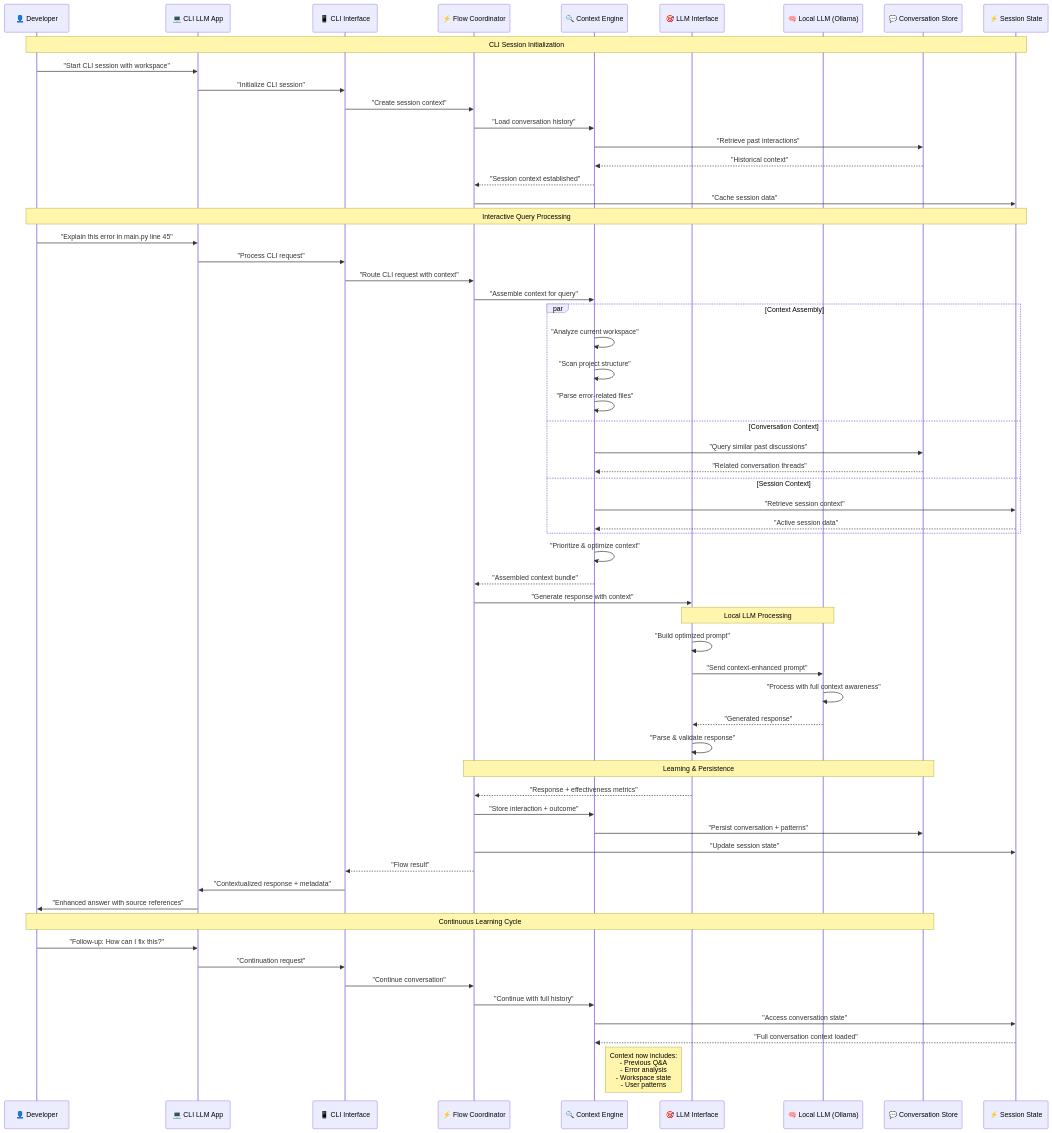
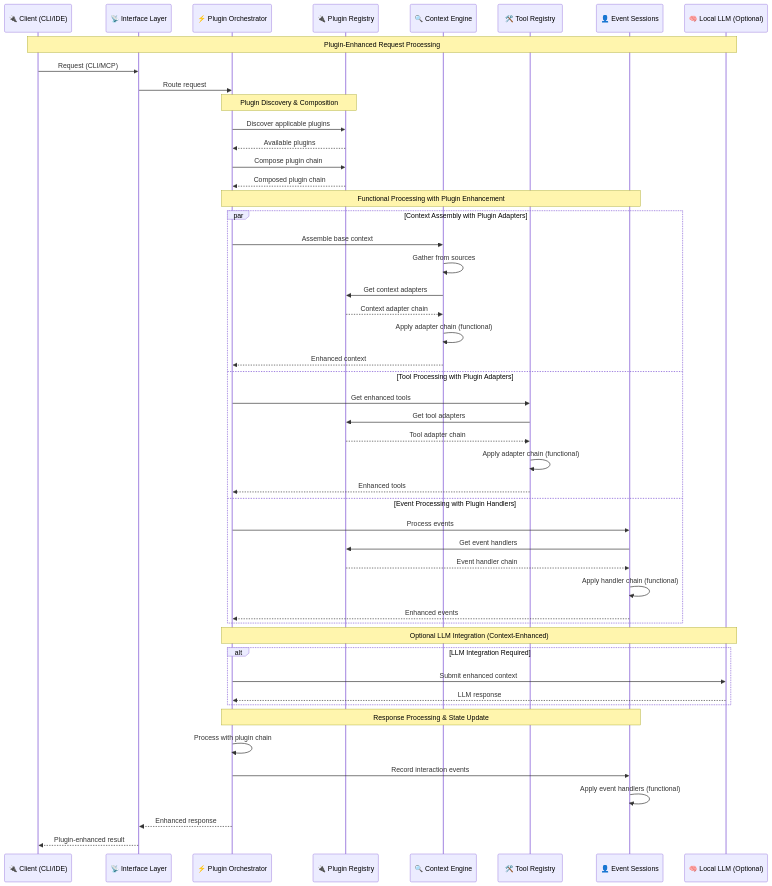
One commit to zhifengzhang-sz/mcp-server changed the first of 9 diagrams in docs/design/flow.phase.1.md. Above: the diagram before and after it, drawn with Mermaid. The commit also changed other lines of this file and 5 other files, not shown here.

````diff
--- a/docs/design/flow.phase.1.md
+++ b/docs/design/flow.phase.1.md
@@ -14,69 +14,58 @@
 ```mermaid
 sequenceDiagram
-    participant User as 👤 Developer
-    participant CLI as 💻 CLI LLM App
-    participant CLIInterface as 📱 CLI Interface
-    participant FlowCoordinator as ⚡ Flow Coordinator
+    participant Client as 🔌 Client (CLI/IDE)
+    participant Interface as 📡 Interface Layer
+    participant PluginOrchestrator as ⚡ Plugin Orchestrator
+    participant PluginRegistry as 🔌 Plugin Registry
     participant ContextEngine as 🔍 Context Engine
-    participant LLMInterface as 🎯 LLM Interface
-    participant LocalLLM as 🧠 Local LLM (Ollama)
-    participant ConversationStore as 💬 Conversation Store
-    participant SessionState as ⚡ Session State
+    participant ToolRegistry as 🛠️ Tool Registry
+    participant EventSessions as 👤 Event Sessions
+    participant LLM as 🧠 Local LLM (Optional)
     
-    Note over User, SessionState: CLI Session Initialization
-    User->>CLI: "Start CLI session with workspace"
-    CLI->>CLIInterface: "Initialize CLI session"
-    CLIInterface->>FlowCoordinator: "Create session context"
-    FlowCoordinator->>ContextEngine: "Load conversation history"
-    ContextEngine->>ConversationStore: "Retrieve past interactions"
-    ConversationStore-->>ContextEngine: "Historical context"
-    ContextEngine-->>FlowCoordinator: "Session context established"
-    FlowCoordinator->>SessionState: "Cache session data"
+    Note over Client, LLM: Plugin-Enhanced Request Processing
     
-    Note over User, SessionState: Interactive Query Processing
-    User->>CLI: "Explain this error in main.py line 45"
-    CLI->>CLIInterface: "Process CLI request"
-    CLIInterface->>FlowCoordinator: "Route CLI request with context"
-    FlowCoordinator->>ContextEngine: "Assemble context for query"
+    Client->>Interface: Request (CLI/MCP)
+    Interface->>PluginOrchestrator: Route request
     
-    par Context Assembly
-        ContextEngine->>ContextEngine: "Analyze current workspace"
-        ContextEngine->>ContextEngine: "Scan project structure"
-        ContextEngine->>ContextEngine: "Parse error-related files"
-    and Conversation Context
-        ContextEngine->>ConversationStore: "Query similar past discussions"
-        ConversationStore-->>ContextEngine: "Related conversation threads"
-    and Session Context
-        ContextEngine->>SessionState: "Retrieve session context"
-        SessionState-->>ContextEngine: "Active session data"
+    Note over PluginOrchestrator, PluginRegistry: Plugin Discovery & Composition
+    PluginOrchestrator->>PluginRegistry: Discover applicable plugins
+    PluginRegistry-->>PluginOrchestrator: Available plugins
+    PluginOrchestrator->>PluginRegistry: Compose plugin chain
+    PluginRegistry-->>PluginOrchestrator: Composed plugin chain
+    
+    Note over PluginOrchestrator, EventSessions: Functional Processing with Plugin Enhancement
+    
+    par Context Assembly with Plugin Adapters
+        PluginOrchestrator->>ContextEngine: Assemble base context
+        ContextEngine->>ContextEngine: Gather from sources
+        ContextEngine->>PluginRegistry: Get context adapters
+        PluginRegistry-->>ContextEngine: Context adapter chain
+        ContextEngine->>ContextEngine: Apply adapter chain (functional)
+        ContextEngine-->>PluginOrchestrator: Enhanced context
+    and Tool Processing with Plugin Adapters
+        PluginOrchestrator->>ToolRegistry: Get enhanced tools
+        ToolRegistry->>PluginRegistry: Get tool adapters
+        PluginRegistry-->>ToolRegistry: Tool adapter chain
+        ToolRegistry->>ToolRegistry: Apply adapter chain (functional)
+        ToolRegistry-->>PluginOrchestrator: Enhanced tools
+    and Event Processing with Plugin Handlers
+        PluginOrchestrator->>EventSessions: Process events
+        EventSessions->>PluginRegistry: Get event handlers
+        PluginRegistry-->>EventSessions: Event handler chain
+        EventSessions->>EventSessions: Apply handler chain (functional)
+        EventSessions-->>PluginOrchestrator: Enhanced events
     end
     
-    ContextEngine->>ContextEngine: "Prioritize & optimize context"
-    ContextEngine-->>FlowCoordinator: "Assembled context bundle"
-    FlowCoordinator->>LLMInterface: "Generate response with context"
+    Note over PluginOrchestrator, LLM: Optional LLM Integration (Context-Enhanced)
+    alt LLM Integration Required
+        PluginOrchestrator->>LLM: Submit enhanced context
+        LLM-->>PluginOrchestrator: LLM response
+    end
     
-    Note over LLMInterface, LocalLLM: Local LLM Processing
-    LLMInterface->>LLMInterface: "Build optimized prompt"
-    LLMInterface->>LocalLLM: "Send context-enhanced prompt"
-    LocalLLM->>LocalLLM: "Process with full context awareness"
-    LocalLLM-->>LLMInterface: "Generated response"
-    LLMInterface->>LLMInterface: "Parse & validate response"
-    
-    Note over FlowCoordinator, ConversationStore: Learning & Persistence
-    LLMInterface-->>FlowCoordinator: "Response + effectiveness metrics"
-    FlowCoordinator->>ContextEngine: "Store interaction + outcome"
-    ContextEngine->>ConversationStore: "Persist conversation + patterns"
-    FlowCoordinator->>SessionState: "Update session state"
-    FlowCoordinator-->>CLIInterface: "Flow result"
-    CLIInterface->>CLI: "Contextualized response + metadata"
-    CLI->>User: "Enhanced answer with source references"
-    
-    Note over User, ConversationStore: Continuous Learning Cycle
-    User->>CLI: "Follow-up: How can I fix this?"
-    CLI->>CLIInterface: "Continuation request"
-    CLIInterface->>FlowCoordinator: "Continue conversation"
-    FlowCoordinator->>ContextEngine: "Continue with full history"
-    ContextEngine->>SessionState: "Access conversation state"
-    SessionState-->>ContextEngine: "Full conversation context loaded"
-    Note right of ContextEngine: Context now includes:<br/>- Previous Q&A<br/>- Error analysis<br/>- Workspace state<br/>- User patterns
+    Note over PluginOrchestrator, EventSessions: Response Processing & State Update
+    PluginOrchestrator->>PluginOrchestrator: Process with plugin chain
+    PluginOrchestrator->>EventSessions: Record interaction events
+    EventSessions->>EventSessions: Apply event handlers (functional)
+    PluginOrchestrator-->>Interface: Enhanced response
+    Interface-->>Client: Plugin-enhanced result
 ```
````
